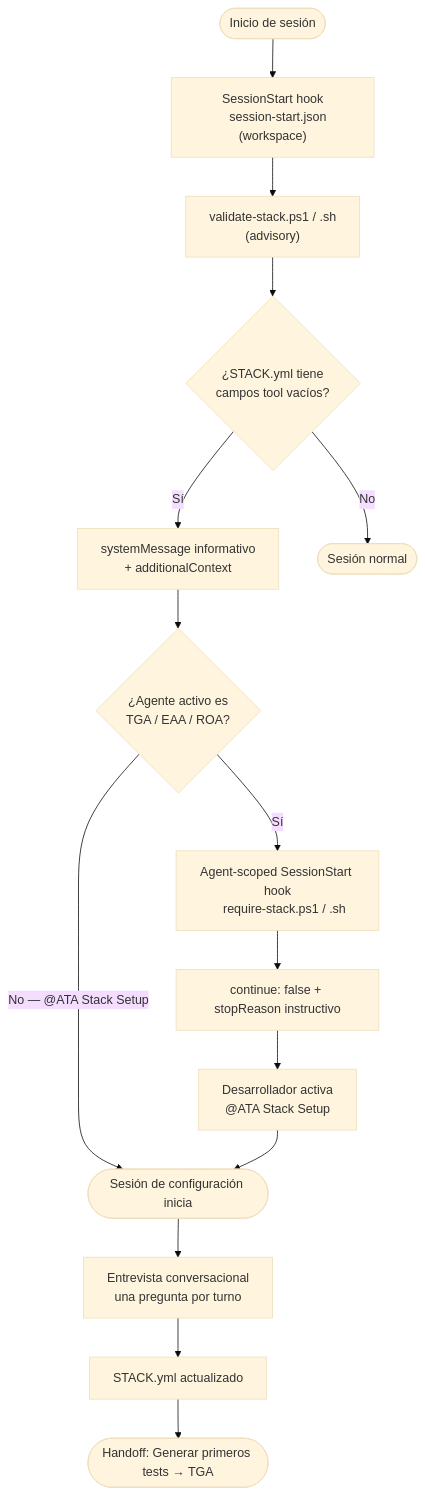
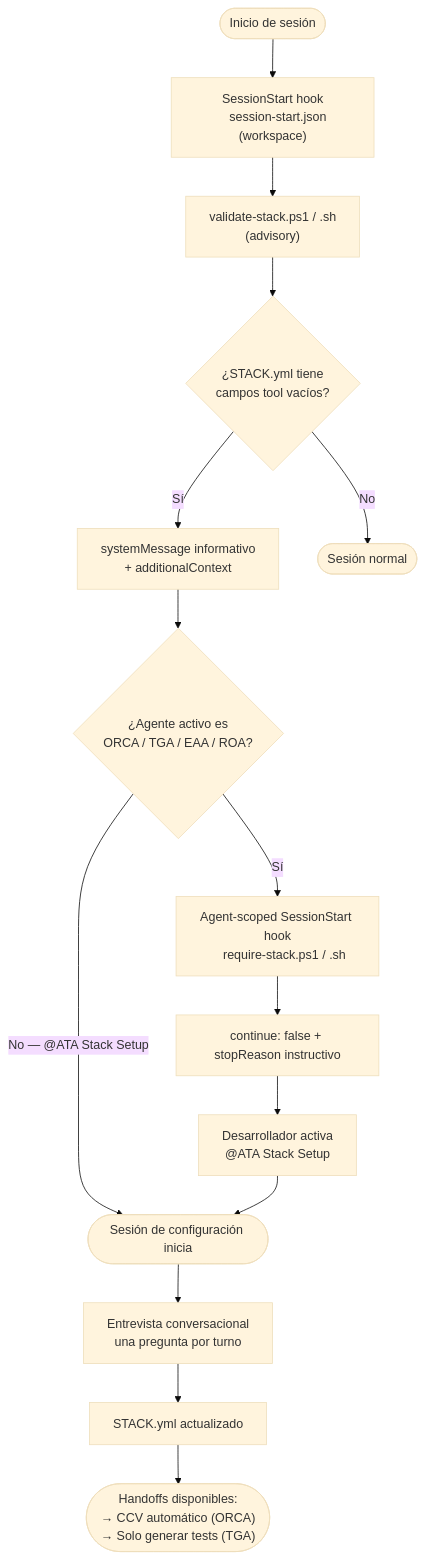
Before and after one commit to chinoavila/agentic-testing-architecture: the diagram in .ata/docs/hooks.md, drawn with Mermaid (base theme). The commit also changed other lines of this file and 8 other files, not shown here.

````diff
--- a/.ata/docs/hooks.md
+++ b/.ata/docs/hooks.md
@@ -90,25 +90,27 @@
 ```mermaid
 flowchart TD
     A([Inicio de sesión]) --> B["SessionStart hook
     session-start.json (workspace)"]
     B --> C["validate-stack.ps1 / .sh
     (advisory)"]
     C --> D{"¿STACK.yml tiene
     campos tool vacíos?"}
     D -->|Sí| E["systemMessage informativo
     + additionalContext"]
     D -->|No| F([Sesión normal])
     E --> G{"¿Agente activo es
-    TGA / EAA / ROA?"}
+    ORCA / TGA / EAA / ROA?"}
     G -->|Sí| H["Agent-scoped SessionStart hook
     require-stack.ps1 / .sh"]
     H --> I["continue: false + stopReason instructivo"]
     I --> J["Desarrollador activa
     @ATA Stack Setup"]
     G -->|"No — @ATA Stack Setup"| K([Sesión de configuración inicia])
     J --> K
     K --> L["Entrevista conversacional
     una pregunta por turno"]
     L --> M[STACK.yml actualizado]
-    M --> N(["Handoff: Generar primeros tests → TGA"])
+    M --> N(["Handoffs disponibles:
+    → CCV automático (ORCA)
+    → Solo generar tests (TGA)"])
 ```
````
